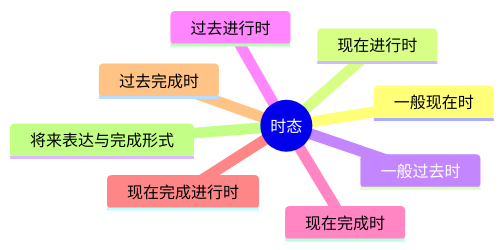
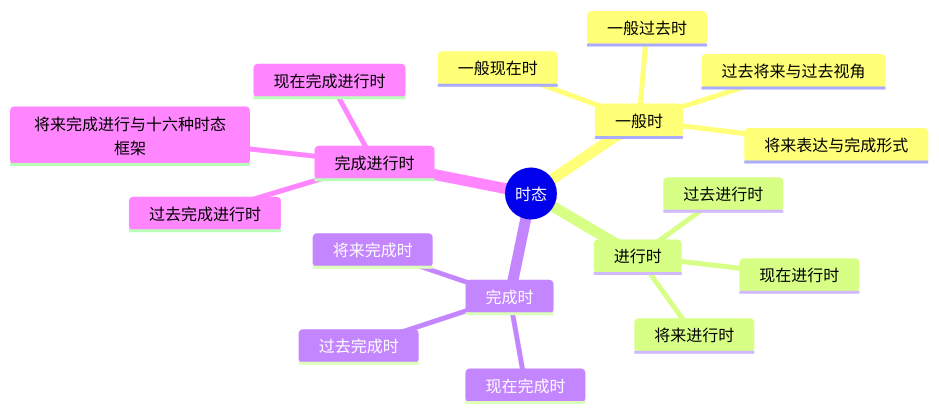
Before and after one commit to FitzLeewenlei/grammar: the fourth of 11 diagrams in grammar-mindmaps.md, drawn with Mermaid. The commit also changed other lines of this file and 15 other files, not shown here.

````diff
--- a/grammar-mindmaps.md
+++ b/grammar-mindmaps.md
@@ -76,12 +94,21 @@
 ```mermaid
 mindmap
   root((时态))
-    一般现在时
-    现在进行时
-    一般过去时
-    过去进行时
-    现在完成时
-    现在完成进行时
-    过去完成时
-    将来表达与完成形式
+    一般时
+      一般现在时
+      一般过去时
+      将来表达与完成形式
+      过去将来与过去视角
+    进行时
+      现在进行时
+      过去进行时
+      将来进行时
+    完成时
+      现在完成时
+      过去完成时
+      将来完成时
+    完成进行时
+      现在完成进行时
+      过去完成进行时
+      将来完成进行与十六种时态框架
 ```
````
